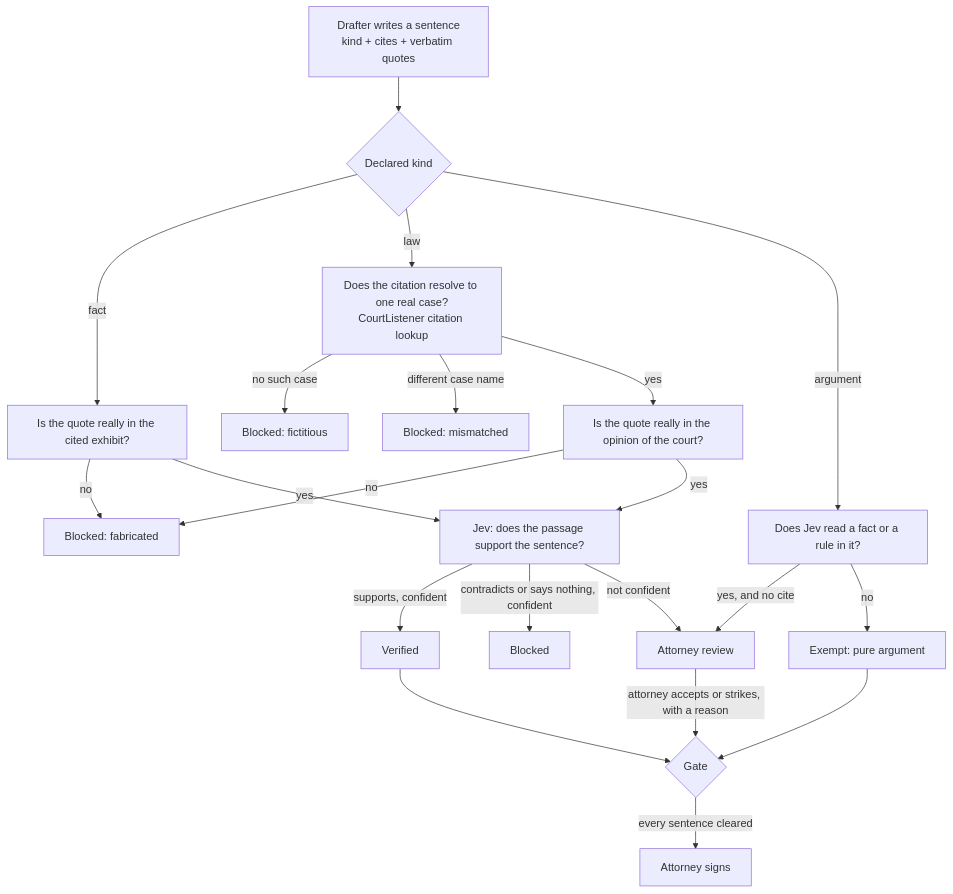
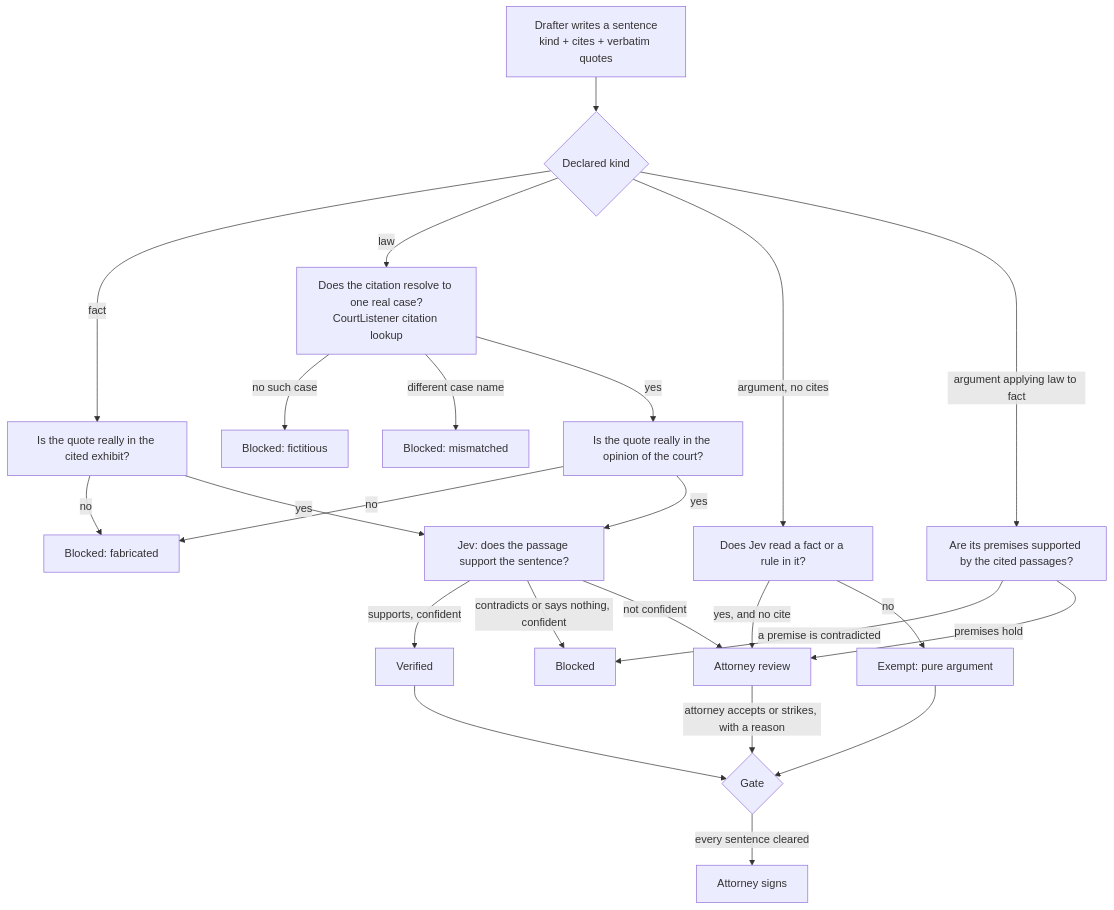
One commit to JohnCari/of-record changed the diagram in README.md. Above: the diagram before and after it, drawn with Mermaid. The commit also changed other lines of this file and 1 other file, not shown here.

````diff
--- a/README.md
+++ b/README.md
@@ -78,23 +78,26 @@
 ```mermaid
 flowchart TD
   D[Drafter writes a sentence<br/>kind + cites + verbatim quotes] --> K{Declared kind}
   K -->|fact| Q1[Is the quote really in the cited exhibit?]
   K -->|law| C1[Does the citation resolve to one real case?<br/>CourtListener citation lookup]
-  K -->|argument| A1[Does Jev read a fact or a rule in it?]
+  K -->|argument, no cites| A1[Does Jev read a fact or a rule in it?]
+  K -->|argument applying law to fact| P1[Are its premises supported by the cited passages?]
+  P1 -->|a premise is contradicted| B4
+  P1 -->|premises hold| R
   Q1 -->|no| B[Blocked: fabricated]
   Q1 -->|yes| J[Jev: does the passage support the sentence?]
   C1 -->|no such case| B2[Blocked: fictitious]
   C1 -->|different case name| B3[Blocked: mismatched]
   C1 -->|yes| Q2[Is the quote really in the opinion of the court?]
   Q2 -->|no| B
   Q2 -->|yes| J
   J -->|supports, confident| V[Verified]
   J -->|contradicts or says nothing, confident| B4[Blocked]
   J -->|not confident| R[Attorney review]
   A1 -->|yes, and no cite| R
   A1 -->|no| E[Exempt: pure argument]
   V --> G{Gate}
   E --> G
   R -->|attorney accepts or strikes, with a reason| G
   G -->|every sentence cleared| S[Attorney signs]
 ```
````
